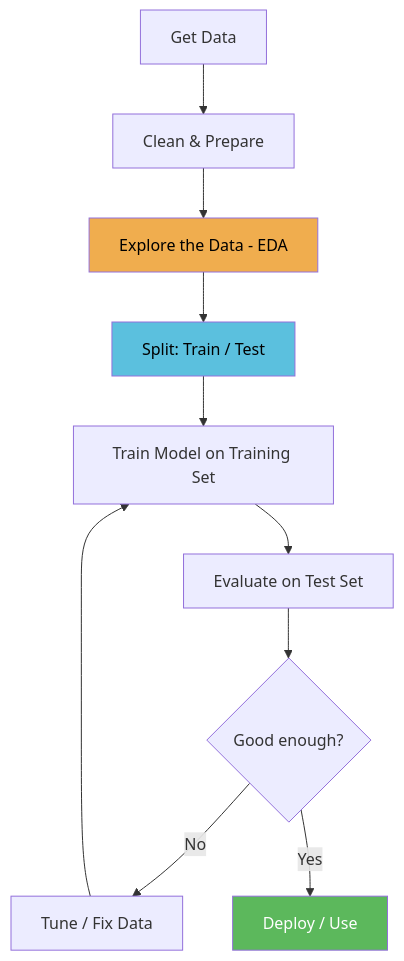
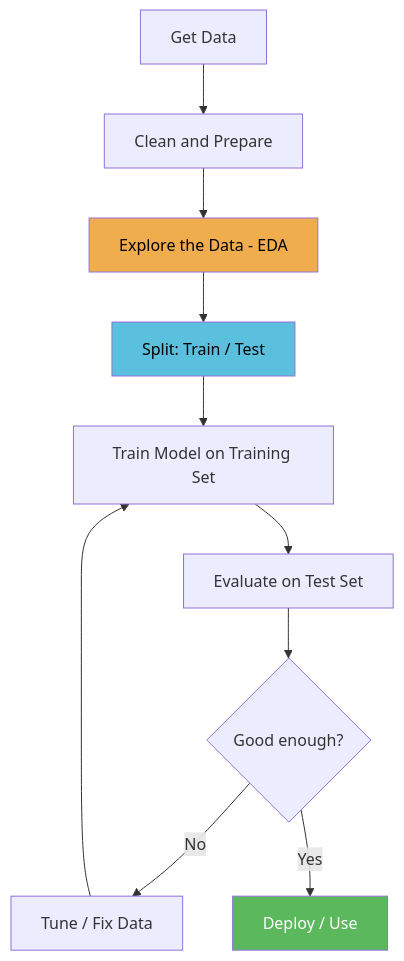
One commit to alshawwaf/ai-basic-training changed the diagram in module1_classic_ml/lesson1/1_what_is_ml.md. Above: the diagram before and after it, drawn with Mermaid. The commit also changed other lines of this file and 1 other file, not shown here.

````diff
--- a/module1_classic_ml/lesson1/1_what_is_ml.md
+++ b/module1_classic_ml/lesson1/1_what_is_ml.md
@@ -97,16 +98,16 @@
 ```mermaid
 flowchart TD
-    A[Get Data] --> B[Clean & Prepare]
+    A[Get Data] --> B[Clean and Prepare]
     B --> C[Explore the Data - EDA]
     C --> D[Split: Train / Test]
     D --> E[Train Model on Training Set]
     E --> F[Evaluate on Test Set]
     F --> G{Good enough?}
     G -- No --> H[Tune / Fix Data]
     H --> E
     G -- Yes --> I[Deploy / Use]
 
     style C fill:#f0ad4e,color:#000
     style D fill:#5bc0de,color:#000
     style I fill:#5cb85c,color:#fff
 ```
````
